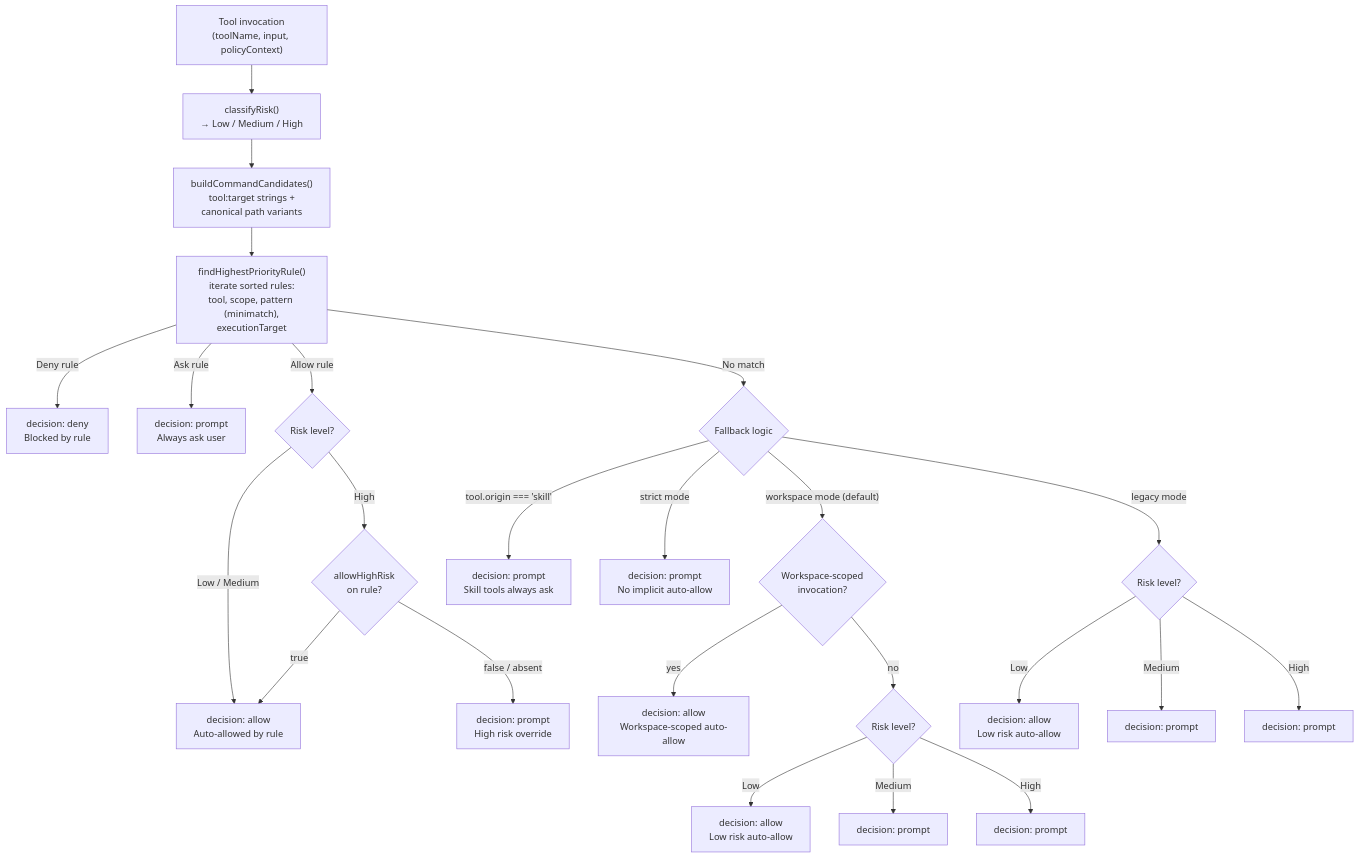
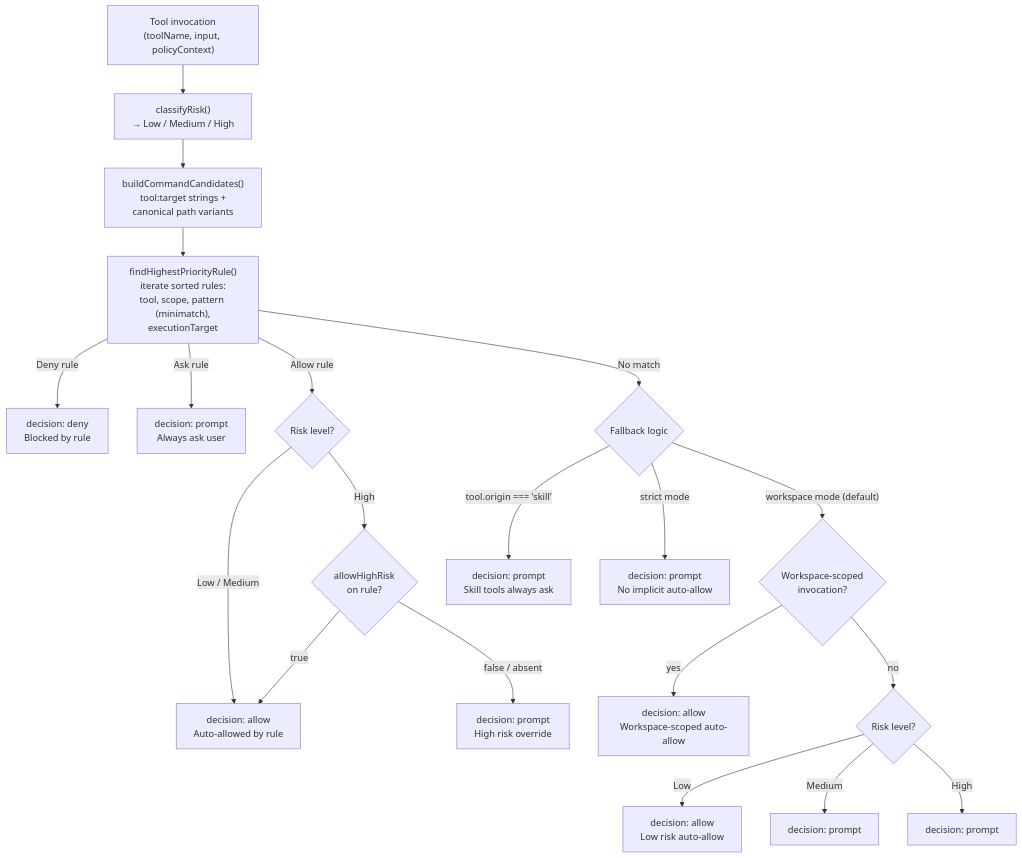
Before and after one commit to vellum-ai/vellum-assistant: diagram 16 of 20 in assistant/ARCHITECTURE.md, drawn with Mermaid. The commit also changed other lines of this file and 3 other files, not shown here.

Commit message:
docs: describe legacy permissions mode as migration-only compatibility

````diff
--- a/assistant/ARCHITECTURE.md
+++ b/assistant/ARCHITECTURE.md
@@ -1556,29 +1556,25 @@
 ```mermaid
 graph TB
     TOOL_CALL["Tool invocation<br/>(toolName, input, policyContext)"] --> CLASSIFY["classifyRisk()<br/>→ Low / Medium / High"]
     CLASSIFY --> CANDIDATES["buildCommandCandidates()<br/>tool:target strings +<br/>canonical path variants"]
     CANDIDATES --> FIND_RULE["findHighestPriorityRule()<br/>iterate sorted rules:<br/>tool, scope, pattern (minimatch),<br/>executionTarget"]
 
     FIND_RULE -->|"Deny rule"| DENY["decision: deny<br/>Blocked by rule"]
     FIND_RULE -->|"Ask rule"| PROMPT_ASK["decision: prompt<br/>Always ask user"]
     FIND_RULE -->|"Allow rule"| RISK_CHECK{"Risk level?"}
     FIND_RULE -->|"No match"| NO_MATCH{"Fallback logic"}
 
     RISK_CHECK -->|"Low / Medium"| AUTO_ALLOW["decision: allow<br/>Auto-allowed by rule"]
     RISK_CHECK -->|"High"| HIGH_CHECK{"allowHighRisk<br/>on rule?"}
     HIGH_CHECK -->|"true"| AUTO_ALLOW
     HIGH_CHECK -->|"false / absent"| PROMPT_HIGH["decision: prompt<br/>High risk override"]
 
     NO_MATCH -->|"tool.origin === 'skill'"| PROMPT_SKILL["decision: prompt<br/>Skill tools always ask"]
     NO_MATCH -->|"strict mode"| PROMPT_STRICT["decision: prompt<br/>No implicit auto-allow"]
     NO_MATCH -->|"workspace mode (default)"| WS_CHECK{"Workspace-scoped<br/>invocation?"}
     WS_CHECK -->|"yes"| AUTO_WS["decision: allow<br/>Workspace-scoped auto-allow"]
     WS_CHECK -->|"no"| RISK_FALLBACK_WS{"Risk level?"}
     RISK_FALLBACK_WS -->|"Low"| AUTO_WS_LOW["decision: allow<br/>Low risk auto-allow"]
     RISK_FALLBACK_WS -->|"Medium"| PROMPT_WS_MED["decision: prompt"]
     RISK_FALLBACK_WS -->|"High"| PROMPT_WS_HIGH["decision: prompt"]
-    NO_MATCH -->|"legacy mode"| RISK_FALLBACK{"Risk level?"}
-    RISK_FALLBACK -->|"Low"| AUTO_LOW["decision: allow<br/>Low risk auto-allow"]
-    RISK_FALLBACK -->|"Medium"| PROMPT_MED["decision: prompt"]
-    RISK_FALLBACK -->|"High"| PROMPT_HIGH2["decision: prompt"]
 ```
````
